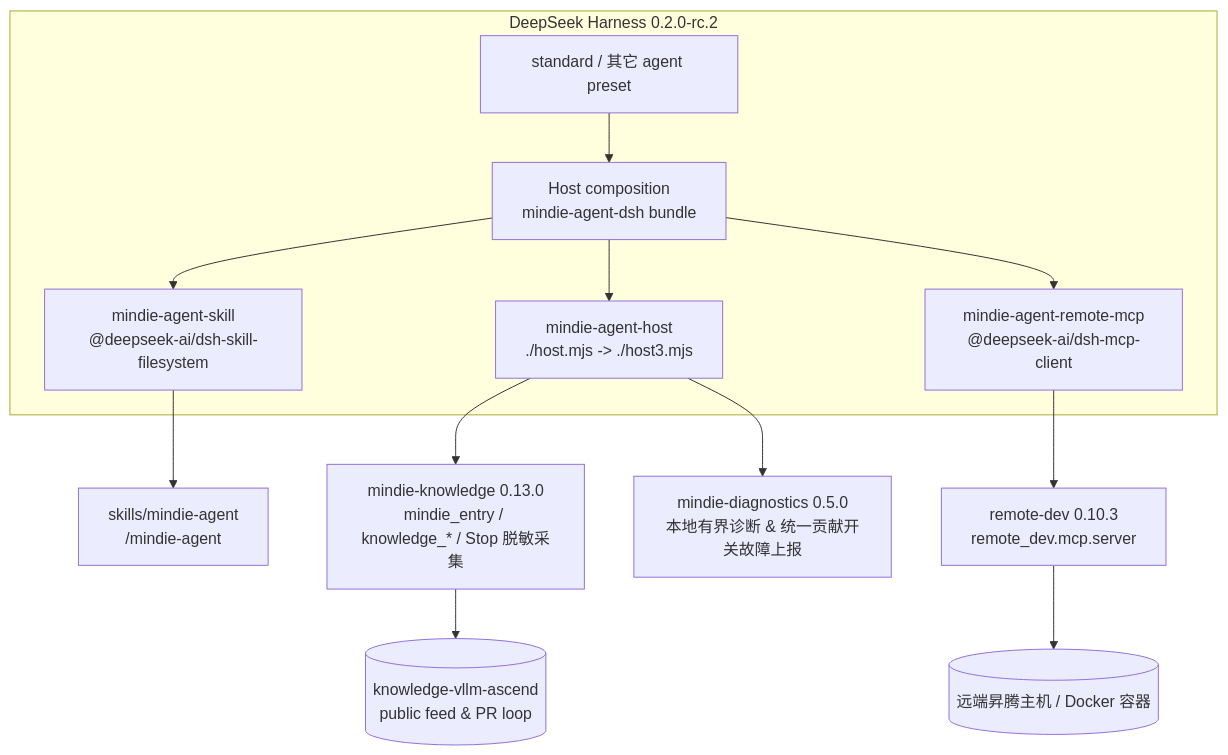
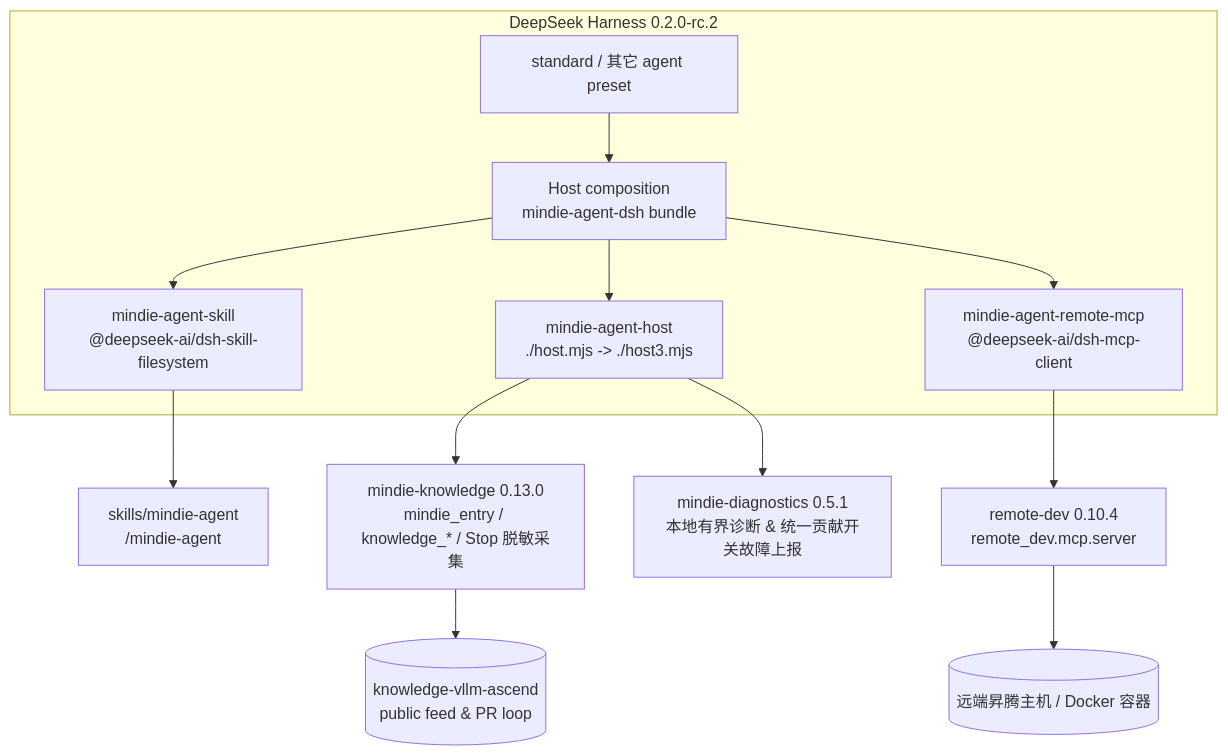
One commit to mindie-agent/mindie-agent-dsh changed the diagram in README.md. Above: the diagram before and after it, drawn with Mermaid. The commit also changed other lines of this file and 7 other files, not shown here.

````diff
--- a/README.md
+++ b/README.md
@@ -188,20 +188,20 @@
 ```mermaid
 flowchart TB
   subgraph DSH["DeepSeek Harness 0.2.0-rc.2"]
     HOST["Host composition<br/>mindie-agent-dsh bundle"]
     STD["standard / 其它 agent preset"]
     SKILL["mindie-agent-skill<br/>@deepseek-ai/dsh-skill-filesystem"]
     HPLUG["mindie-agent-host<br/>./host.mjs -> ./host3.mjs"]
     RMC["mindie-agent-remote-mcp<br/>@deepseek-ai/dsh-mcp-client"]
     STD --> HOST
     HOST --> SKILL
     HOST --> HPLUG
     HOST --> RMC
   end
   SKILL --> SK["skills/mindie-agent<br/>/mindie-agent"]
   HPLUG --> KS["mindie-knowledge 0.13.0<br/>mindie_entry / knowledge_* / Stop 脱敏采集"]
-  HPLUG --> DIAG["mindie-diagnostics 0.5.0<br/>本地有界诊断 & 统一贡献开关故障上报"]
+  HPLUG --> DIAG["mindie-diagnostics 0.5.1<br/>本地有界诊断 & 统一贡献开关故障上报"]
   KS --> FEED[("knowledge-vllm-ascend<br/>public feed & PR loop")]
-  RMC --> RD["remote-dev 0.10.3<br/>remote_dev.mcp.server"]
+  RMC --> RD["remote-dev 0.10.4<br/>remote_dev.mcp.server"]
   RD --> NPU[("远端昇腾主机 / Docker 容器")]
 ```
````
